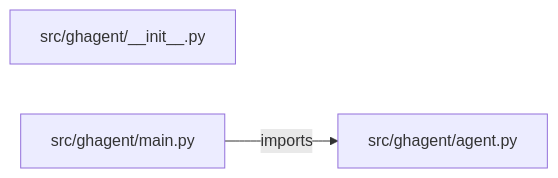
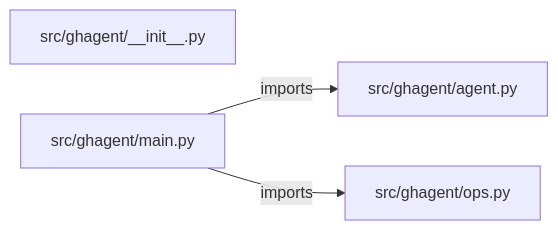
Before and after one commit to iarsingh/github-assistant-agent: the diagram in PROJECT_ARCHITECTURE.md, drawn with Mermaid. The commit also changed other lines of this file and 2 other files, not shown here.

Commit message:
Refresh architecture and interview guides from current implementation

````diff
--- a/PROJECT_ARCHITECTURE.md
+++ b/PROJECT_ARCHITECTURE.md
@@ -13,7 +13,9 @@
 ```mermaid
 flowchart LR
     M0["src/ghagent/__init__.py"]
     M1["src/ghagent/agent.py"]
     M2["src/ghagent/main.py"]
+    M3["src/ghagent/ops.py"]
     M2 -->|imports| M1
+    M2 -->|imports| M3
 ```
````
